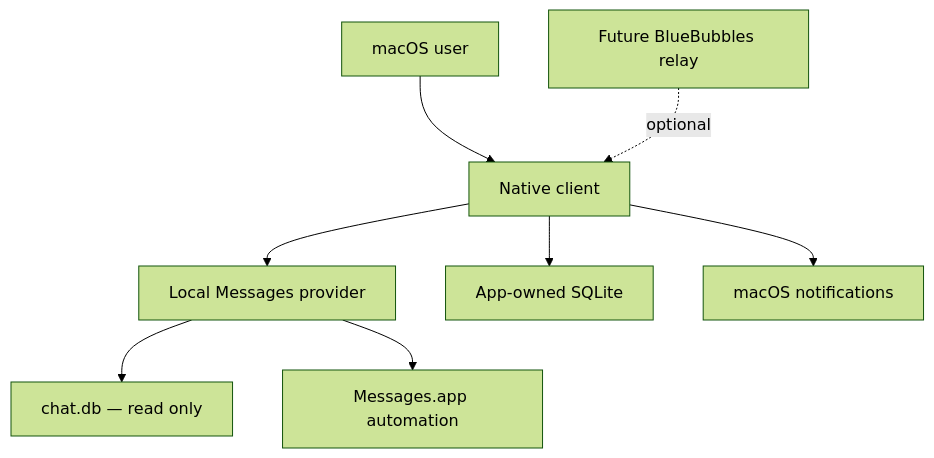
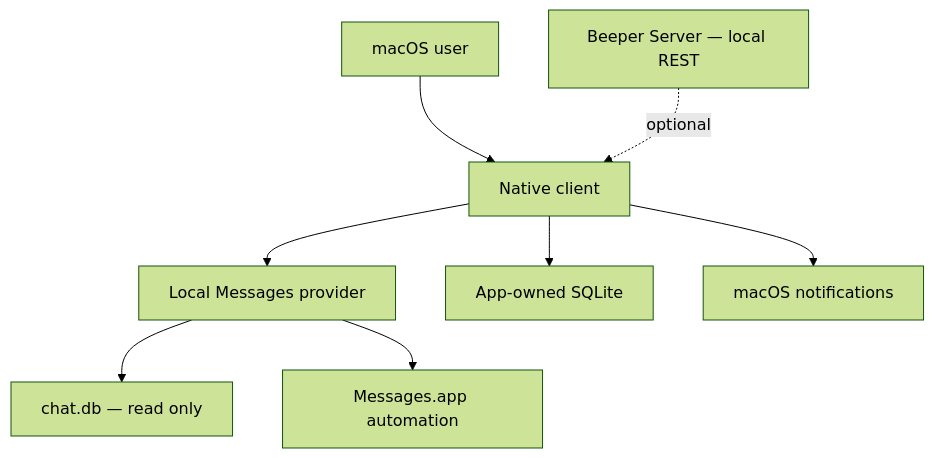
The first of 3 diagrams in ARCHITECTURE.md (nebelhaus/trill), drawn with Mermaid (forest theme) before and after one commit. The commit also changed other lines of this file and 20 other files, not shown here.

````diff
--- a/ARCHITECTURE.md
+++ b/ARCHITECTURE.md
@@ -19,10 +19,10 @@
 ```mermaid
 flowchart TD
     User["macOS user"] --> App["Native client"]
     App --> Provider["Local Messages provider"]
     Provider --> DB["chat.db — read only"]
     Provider --> Messages["Messages.app automation"]
     App --> LocalDB["App-owned SQLite"]
     App --> Notify["macOS notifications"]
-    Future["Future BlueBubbles relay"] -. optional .-> App
+    Beeper["Beeper Server — local REST"] -. optional .-> App
 ```
````
